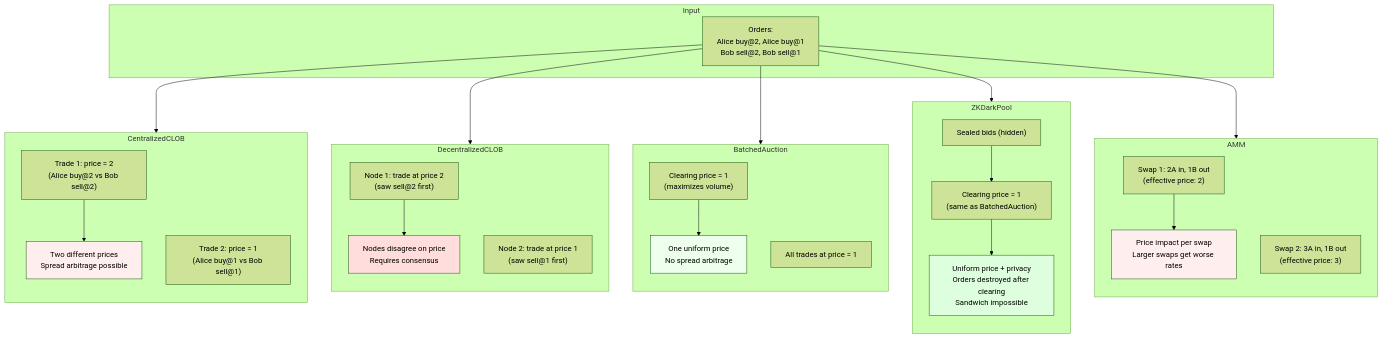
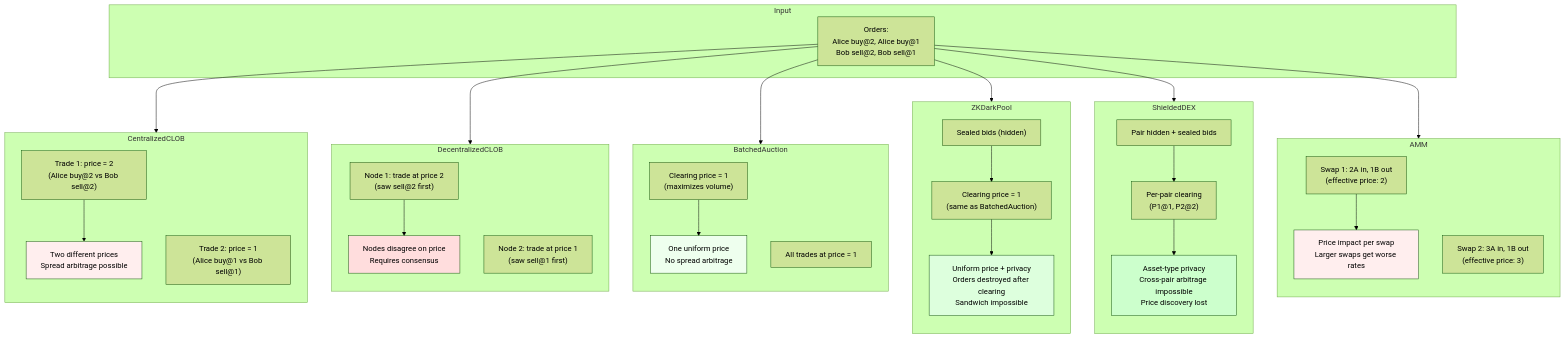
One commit to oxarbitrage/formal-market-mechanisms changed diagram 13 of 14 in README.md. Above: the diagram before and after it, drawn with Mermaid (forest theme). The commit also changed other lines of this file and 2 other files, not shown here.

First line of the commit message:
add ShieldedDEX: novel multi-asset shielded exchange with pair-hiding

````diff
--- a/README.md
+++ b/README.md
@@ -562,54 +693,64 @@
 ```mermaid
 graph TB
     subgraph Input
         O["Orders:<br/>Alice buy@2, Alice buy@1<br/>Bob sell@2, Bob sell@1"]
     end
 
     O --> CLOB
     O --> DCLOB
     O --> Batch
     O --> ZK
+    O --> SD
     O --> AMM
 
     subgraph CLOB["CentralizedCLOB"]
         direction TB
         C1["Trade 1: price = 2<br/>(Alice buy@2 vs Bob sell@2)"]
         C2["Trade 2: price = 1<br/>(Alice buy@1 vs Bob sell@1)"]
         C1 --> CS["Two different prices<br/>Spread arbitrage possible"]
     end
 
     subgraph DCLOB["DecentralizedCLOB"]
         direction TB
         DN1["Node 1: trade at price 2<br/>(saw sell@2 first)"]
         DN2["Node 2: trade at price 1<br/>(saw sell@1 first)"]
         DN1 --> DS["Nodes disagree on price<br/>Requires consensus"]
     end
 
     subgraph Batch["BatchedAuction"]
         direction TB
         B1["Clearing price = 1<br/>(maximizes volume)"]
         B2["All trades at price = 1"]
         B1 --> BS["One uniform price<br/>No spread arbitrage"]
     end
 
     subgraph ZK["ZKDarkPool"]
         direction TB
         ZK1["Sealed bids (hidden)"]
         ZK2["Clearing price = 1<br/>(same as BatchedAuction)"]
         ZK1 --> ZK2
         ZK2 --> ZKS["Uniform price + privacy<br/>Orders destroyed after clearing<br/>Sandwich impossible"]
     end
 
+    subgraph SD["ShieldedDEX"]
+        direction TB
+        SD1["Pair hidden + sealed bids"]
+        SD2["Per-pair clearing<br/>(P1@1, P2@2)"]
+        SD1 --> SD2
+        SD2 --> SDS["Asset-type privacy<br/>Cross-pair arbitrage impossible<br/>Price discovery lost"]
+    end
+
     subgraph AMM["AMM"]
         direction TB
         A1["Swap 1: 2A in, 1B out<br/>(effective price: 2)"]
         A2["Swap 2: 3A in, 1B out<br/>(effective price: 3)"]
         A1 --> AS["Price impact per swap<br/>Larger swaps get worse rates"]
     end
 
     style CS fill:#fee
     style DS fill:#fdd
     style BS fill:#efe
     style ZKS fill:#dfd
+    style SDS fill:#cfc
     style AS fill:#fee
 ```
````
